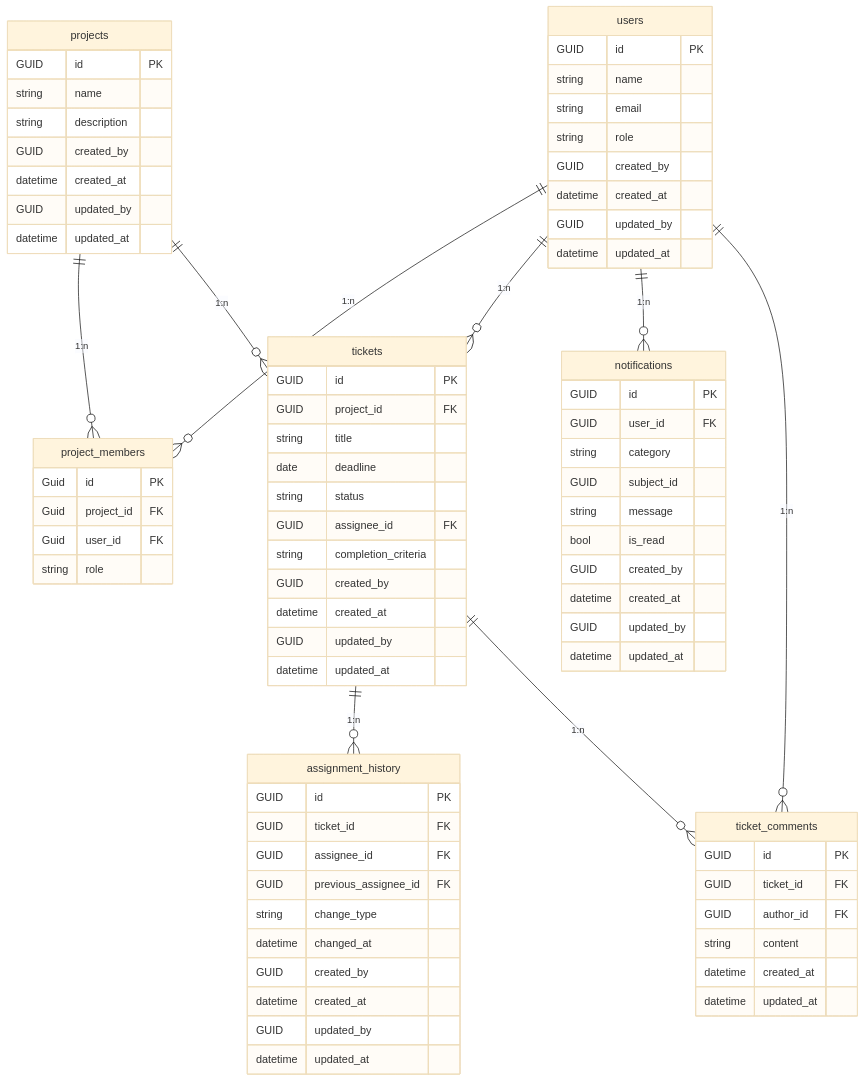
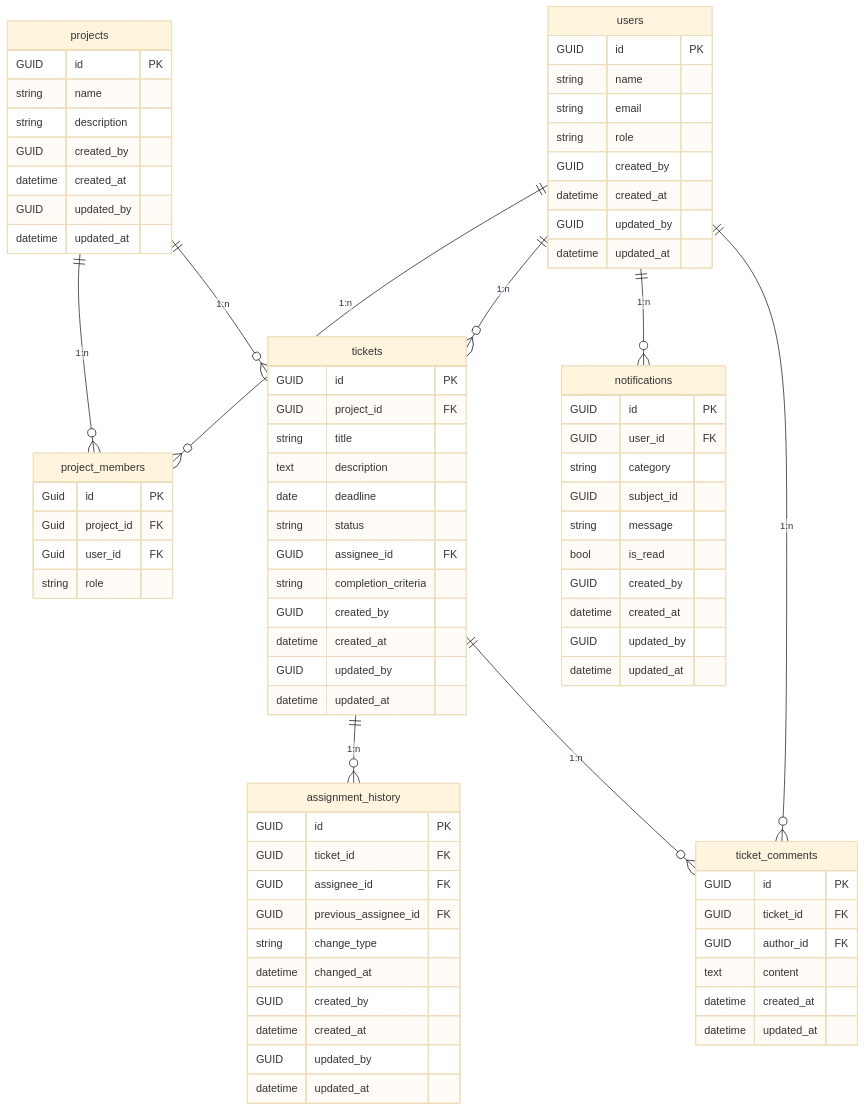
Before and after one commit to kuairen-227/pm-app-docs: the diagram in 02.design/er-diagram.md, drawn with Mermaid (base theme).

Commit message:
fix(design): :bug: Markdown用の型を修正

```diff
--- a/02.design/er-diagram.md
+++ b/02.design/er-diagram.md
@@ -31,6 +31,7 @@
         GUID id PK
         GUID project_id FK
         string title
+        text description
         date deadline
         string status
         GUID assignee_id FK
@@ -44,7 +45,7 @@
         GUID id PK
         GUID ticket_id FK
         GUID author_id FK
-        string content
+        text content
         datetime created_at
         datetime updated_at
     }
```
